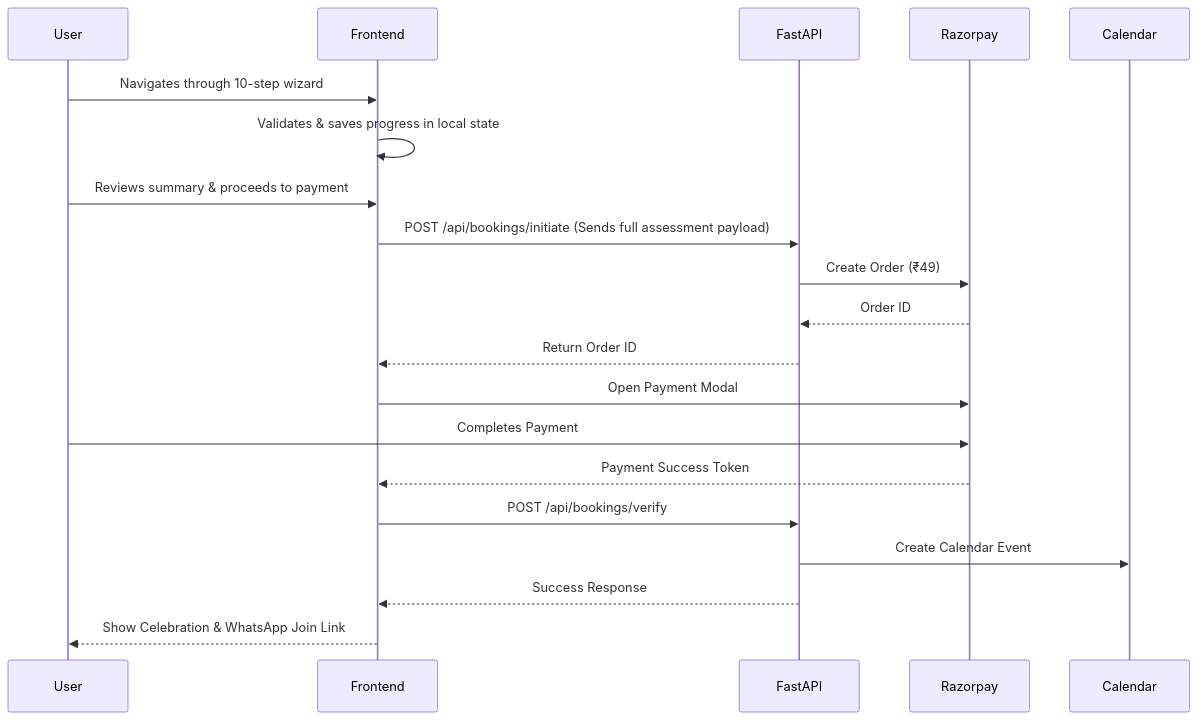
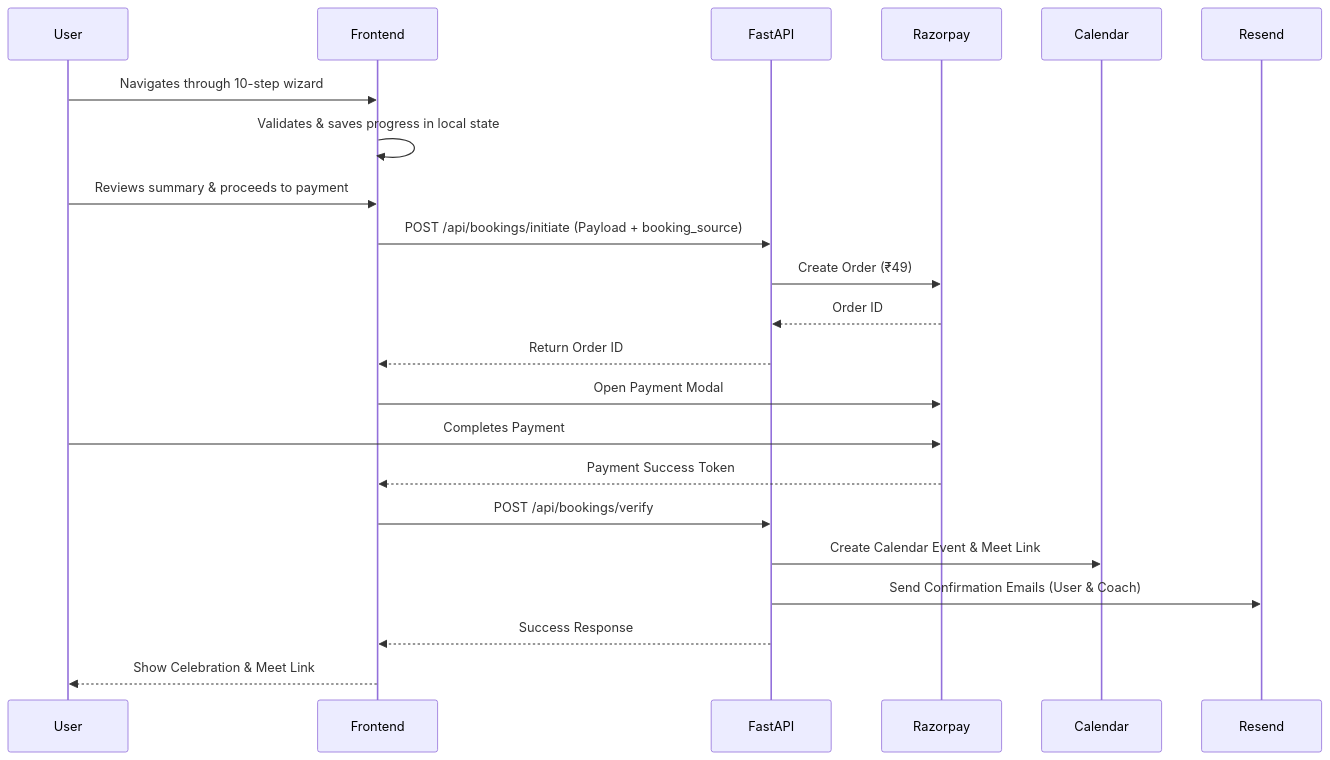
One commit to vanshbahl/fitness-coach-site changed the second of 2 diagrams in docs/backend/ARCHITECTURE.md. Above: the diagram before and after it, drawn with Mermaid. The commit also changed other lines of this file and 11 other files, not shown here.

````diff
--- a/docs/backend/ARCHITECTURE.md
+++ b/docs/backend/ARCHITECTURE.md
@@ -36,23 +36,24 @@
 ```mermaid
 sequenceDiagram
     participant User
     participant Frontend
     participant FastAPI
     participant Razorpay
     participant Calendar
 
     User->>Frontend: Navigates through 10-step wizard
     Frontend->>Frontend: Validates & saves progress in local state
     User->>Frontend: Reviews summary & proceeds to payment
-    Frontend->>FastAPI: POST /api/bookings/initiate (Sends full assessment payload)
+    Frontend->>FastAPI: POST /api/bookings/initiate (Payload + booking_source)
     FastAPI->>Razorpay: Create Order (₹49)
     Razorpay-->>FastAPI: Order ID
     FastAPI-->>Frontend: Return Order ID
     Frontend->>Razorpay: Open Payment Modal
     User->>Razorpay: Completes Payment
     Razorpay-->>Frontend: Payment Success Token
     Frontend->>FastAPI: POST /api/bookings/verify
-    FastAPI->>Calendar: Create Calendar Event
+    FastAPI->>Calendar: Create Calendar Event & Meet Link
+    FastAPI->>Resend: Send Confirmation Emails (User & Coach)
     FastAPI-->>Frontend: Success Response
-    Frontend-->>User: Show Celebration & WhatsApp Join Link
+    Frontend-->>User: Show Celebration & Meet Link
 ```
````
